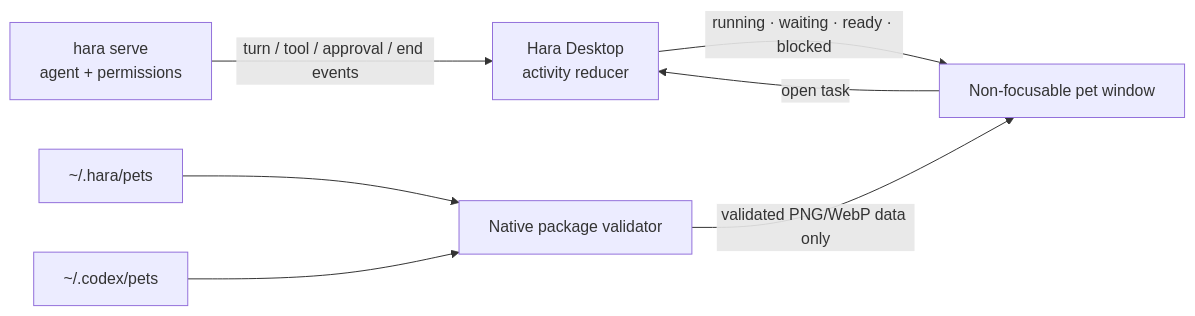
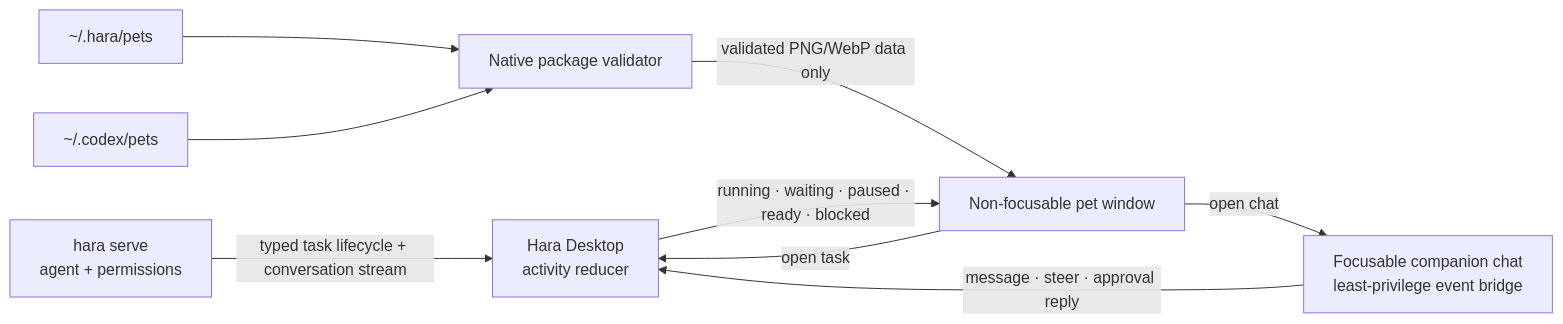
Before and after one commit to hara-cli/hara-desktop: the first of 2 diagrams in docs/PETS.md, drawn with Mermaid. The commit also changed other lines of this file and 22 other files, not shown here.

Commit message:
feat(desktop): add task-aware companion chat

````diff
--- a/docs/PETS.md
+++ b/docs/PETS.md
@@ -21,9 +21,11 @@
 ```mermaid
 flowchart LR
-  S[hara serve\nagent + permissions] -->|turn / tool / approval / end events| D[Hara Desktop\nactivity reducer]
-  D -->|running · waiting · ready · blocked| P[Non-focusable pet window]
+  S[hara serve\nagent + permissions] -->|typed task lifecycle + conversation stream| D[Hara Desktop\nactivity reducer]
+  D -->|running · waiting · paused · ready · blocked| P[Non-focusable pet window]
   P -->|open task| D
+  P -->|open chat| CHAT[Focusable companion chat\nleast-privilege event bridge]
+  CHAT -->|message · steer · approval reply| D
   M[~/.hara/pets] --> V[Native package validator]
-  C[~/.codex/pets] --> V
+  CX[~/.codex/pets] --> V
   V -->|validated PNG/WebP data only| P
 ```
````
